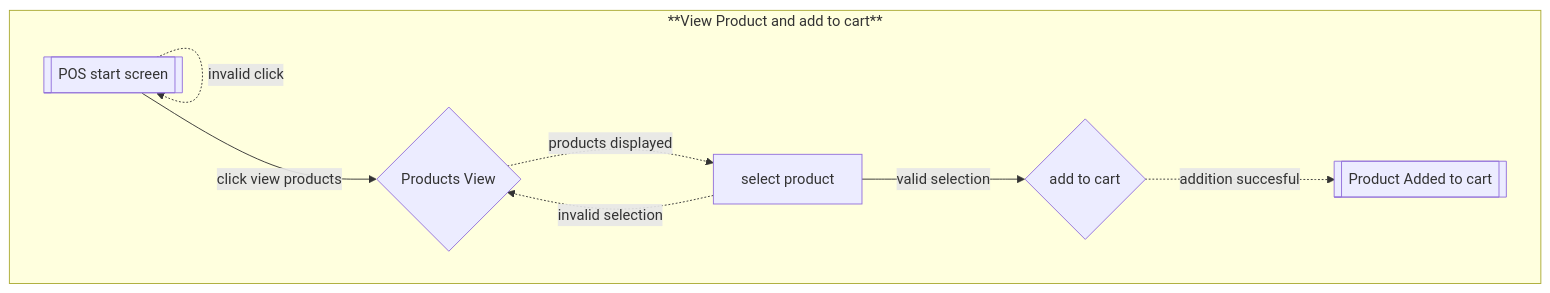
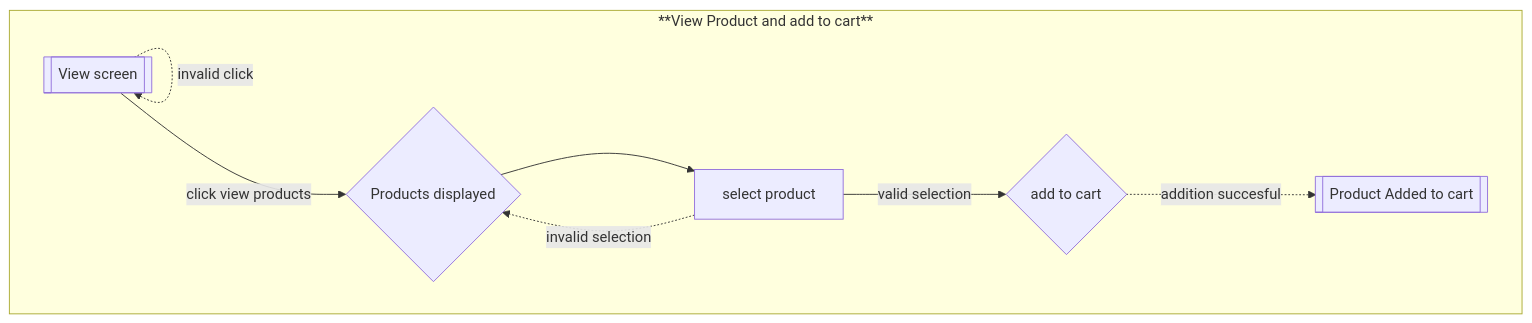
The first of 2 diagrams in flows.md (asantec2/cassy-project), drawn with Mermaid before and after one commit.

Commit message:
domain and flow looks okay

````diff
--- a/flows.md
+++ b/flows.md
@@ -8,14 +8,14 @@
 ```mermaid
 flowchart
 subgraph **View Product and add to cart**
 
-Start[[POS start screen]]--click view products--> ProductsDisplayed{Products View}
+Start[[View screen]]--click view products--> ProductsDisplayed{Products displayed}
 Start -.invalid click.-> Start
-ProductsDisplayed -.products displayed.->SelectProduct[select product]
+ProductsDisplayed -->SelectProduct[select product]
 SelectProduct --valid selection--> AddCart{add to cart}
 SelectProduct -.invalid selection .->ProductsDisplayed
 AddCart -.addition succesful.-> Done[[Product Added to cart]]
 
 end
 
 ```
````
